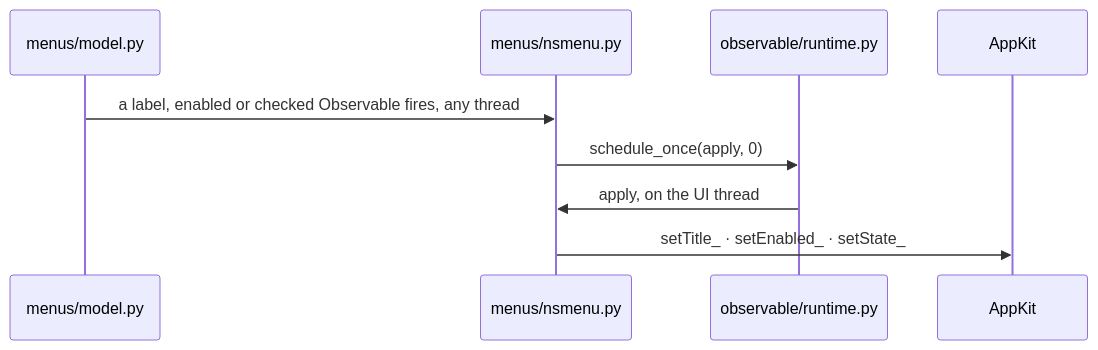
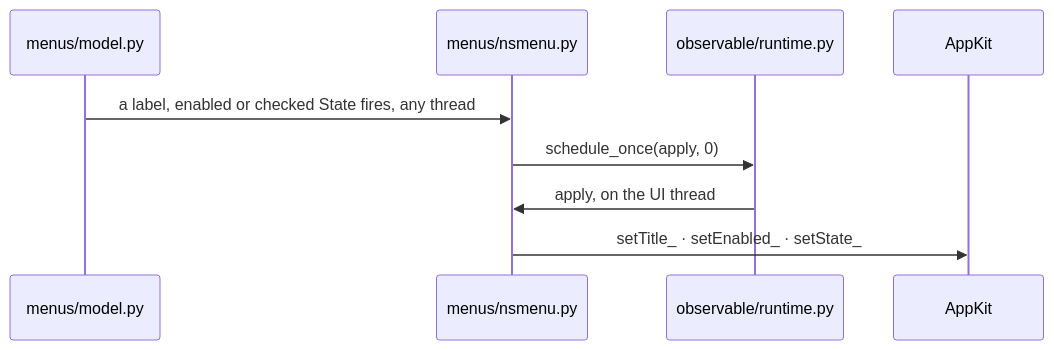
Before and after one commit to yuksblog/nuiitivet: the tenth of 10 diagrams in docs/design/MENU_BAR.md, drawn with Mermaid. The commit also changed other lines of this file and 77 other files, not shown here.

````diff
--- a/docs/design/MENU_BAR.md
+++ b/docs/design/MENU_BAR.md
@@ -349,12 +349,12 @@
 ```mermaid
 sequenceDiagram
     participant E as menus/model.py
     participant B as menus/nsmenu.py
     participant K as observable/runtime.py
     participant A as AppKit
 
-    E->>B: a label, enabled or checked Observable fires, any thread
+    E->>B: a label, enabled or checked State fires, any thread
     B->>K: schedule_once(apply, 0)
     K->>B: apply, on the UI thread
     B->>A: setTitle_ · setEnabled_ · setState_
 ```
````
